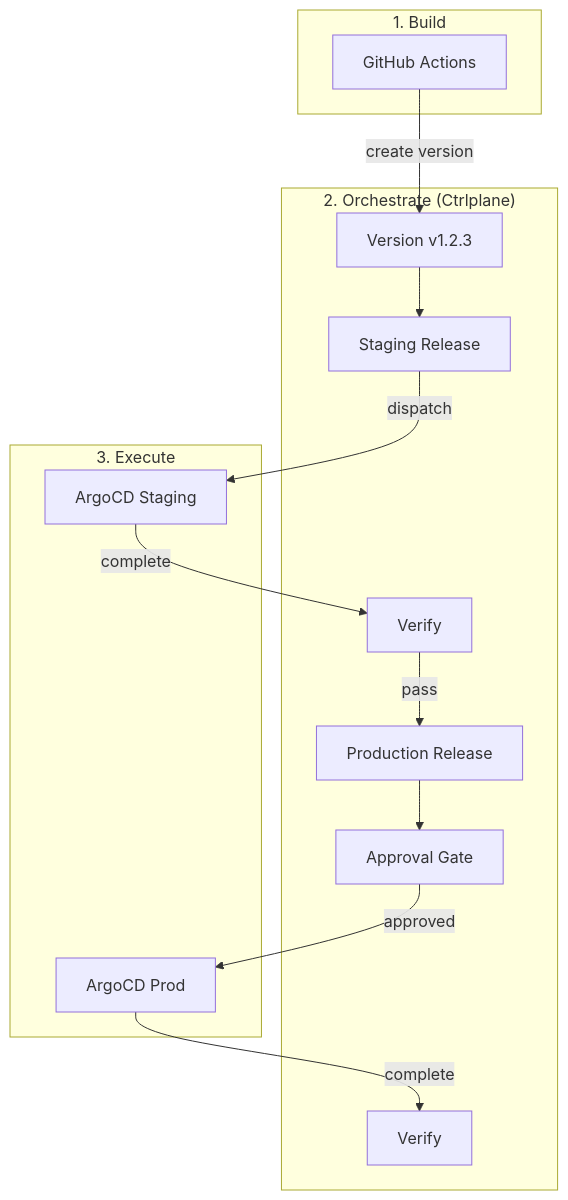
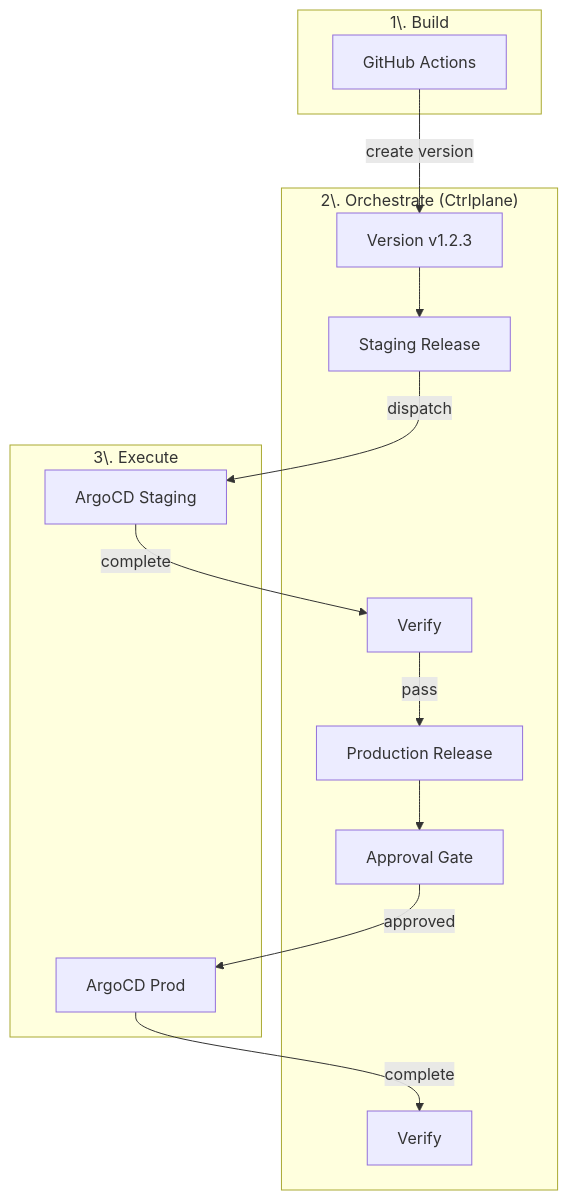
The third of 3 diagrams in docs/overview.mdx (ctrlplanedev/ctrlplane), drawn with Mermaid before and after one commit. The commit also changed other lines of this file and 1 other file, not shown here.

First line of the commit message:
fix: update mermaid diagrams in overview documentation for clarity

````diff
--- a/docs/overview.mdx
+++ b/docs/overview.mdx
@@ -119,29 +119,29 @@
 ```mermaid
 flowchart TB
-    subgraph Build["1. Build"]
+    subgraph Build["1\. Build"]
         CI["GitHub Actions"]
     end
 
-    subgraph Orchestrate["2. Orchestrate (Ctrlplane)"]
+    subgraph Orchestrate["2\. Orchestrate (Ctrlplane)"]
         Version["Version v1.2.3"]
         Staging["Staging Release"]
         Verify1["Verify"]
         Prod["Production Release"]
         Approve["Approval Gate"]
         Verify2["Verify"]
     end
 
-    subgraph Execute["3. Execute"]
+    subgraph Execute["3\. Execute"]
         ArgoStaging["ArgoCD Staging"]
         ArgoProd["ArgoCD Prod"]
     end
 
     CI -->|"create version"| Version
     Version --> Staging
     Staging -->|"dispatch"| ArgoStaging
     ArgoStaging -->|"complete"| Verify1
     Verify1 -->|"pass"| Prod
     Prod --> Approve
     Approve -->|"approved"| ArgoProd
     ArgoProd -->|"complete"| Verify2
 ```
````
